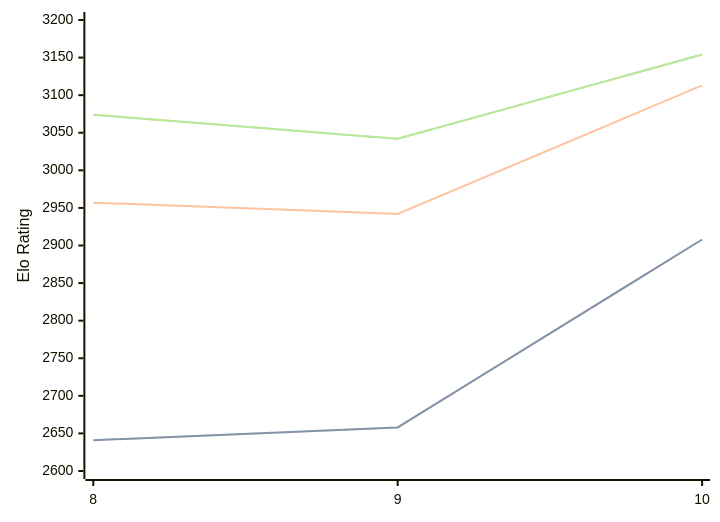
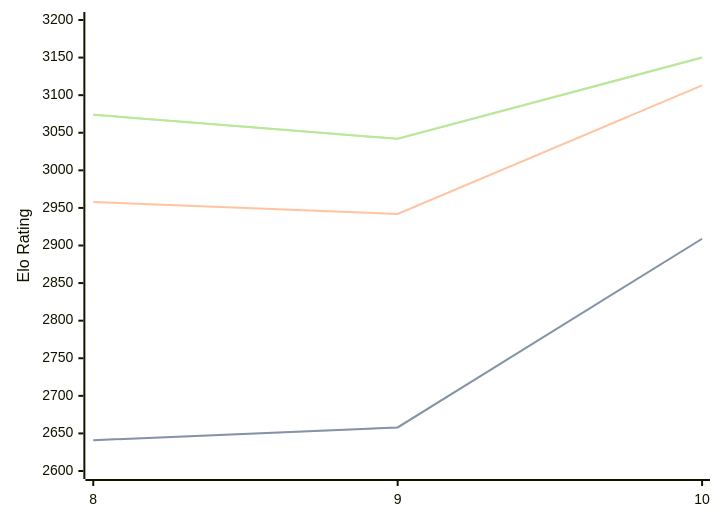
Before and after one commit to computer-chess-index/cci: the diagram in engines/Lozza.md, drawn with Mermaid. The commit also changed other lines of this file, not shown here.

Commit message:
Update CCI Ratings (ELO VLTC) - 2026-02-17

````diff
--- a/engines/Lozza.md
+++ b/engines/Lozza.md
@@ -38,11 +38,11 @@
 ```mermaid
 %%{init: {"theme":"base","themeVariables":{"seriesColors:['#a3a3a3','#222221','#faa371']}}}%%
 xychart-beta
   x-axis ["8", "9", "10"]
   y-axis "Elo Rating" 2600 --> 3200
-  line "STC (8.0+0.08s)" [2641, 2658, 2908]
-  line "STC (8.0+0.08s)" [2641, 2658, 2908]
-  line "LTC (60.0+0.60s)" [2957, 2942, 3113]
-  line "VLTC (2m24s+1.12s)" [3074, 3042, 3154]
-  line "VLTC (2m24s+1.12s)" [3074, 3042, 3154]
+  line "STC (8.0+0.08s)" [2641, 2658, 2909]
+  line "STC (8.0+0.08s)" [2641, 2658, 2909]
+  line "LTC (60.0+0.60s)" [2958, 2942, 3113]
+  line "VLTC (2m24s+1.12s)" [3074, 3042, 3150]
+  line "VLTC (2m24s+1.12s)" [3074, 3042, 3150]
 ```
````
